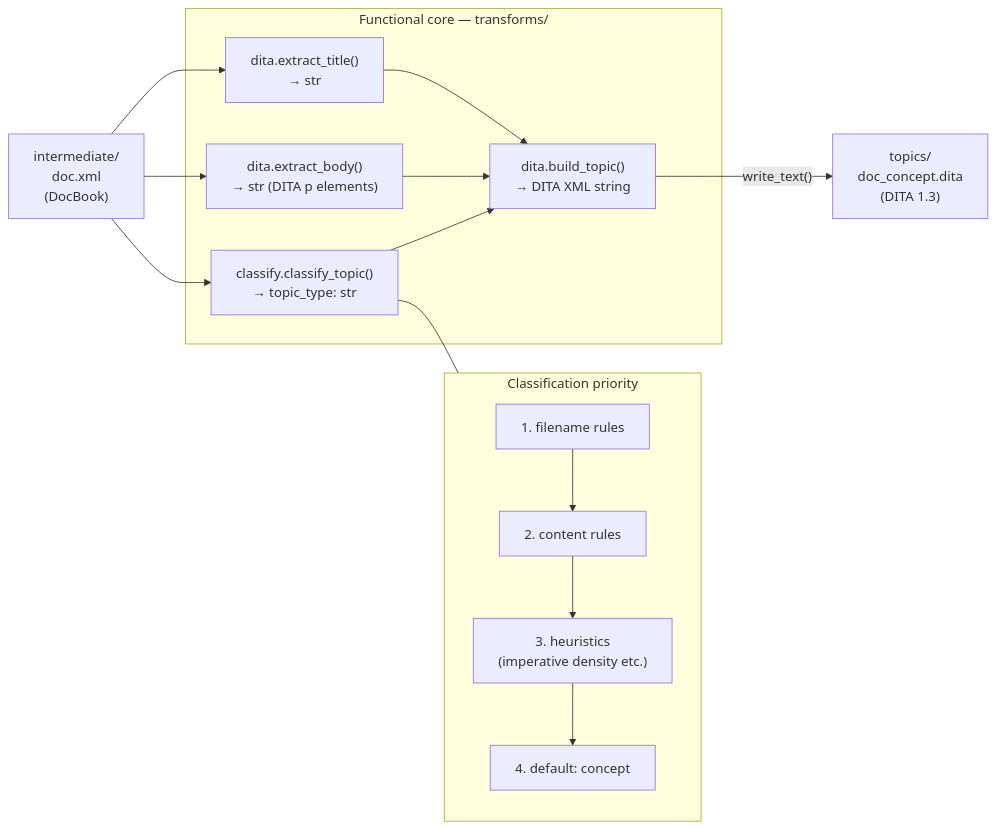
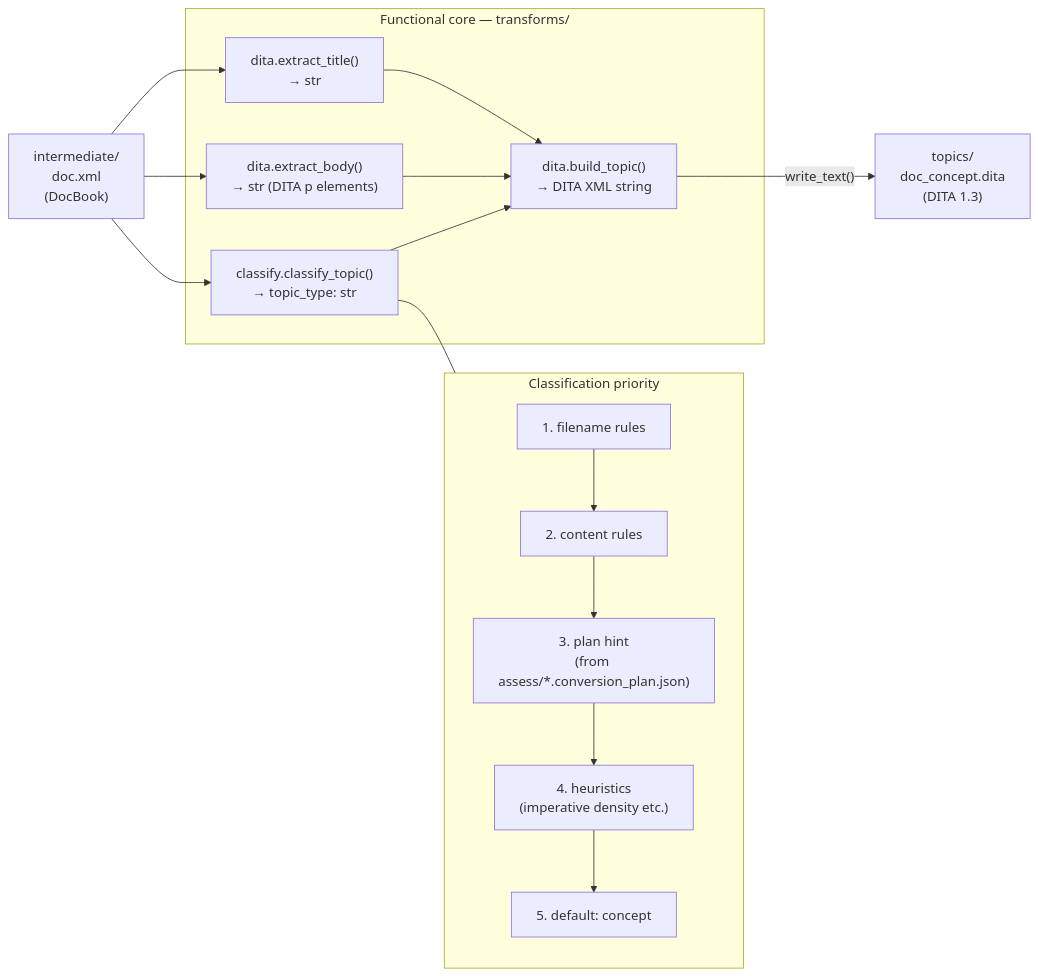
Before and after one commit to mattbriggs/ETL-POC: the eighth of 11 diagrams in DESIGN.md, drawn with Mermaid. The commit also changed other lines of this file and 7 other files, not shown here.

````diff
--- a/DESIGN.md
+++ b/DESIGN.md
@@ -366,26 +378,27 @@
 ```mermaid
 flowchart LR
     XML["intermediate/\ndoc.xml\n(DocBook)"]
 
     subgraph Pure["Functional core — transforms/"]
         ET["dita.extract_title()\n→ str"]
         EB["dita.extract_body()\n→ str (DITA p elements)"]
         CT["classify.classify_topic()\n→ topic_type: str"]
         BT["dita.build_topic()\n→ DITA XML string"]
     end
 
     subgraph Rules["Classification priority"]
         R1["1. filename rules"]
         R2["2. content rules"]
-        R3["3. heuristics\n(imperative density etc.)"]
-        R4["4. default: concept"]
-        R1 --> R2 --> R3 --> R4
+        R3["3. plan hint\n(from assess/*.conversion_plan.json)"]
+        R4["4. heuristics\n(imperative density etc.)"]
+        R5["5. default: concept"]
+        R1 --> R2 --> R3 --> R4 --> R5
     end
 
     FS["topics/\ndoc_concept.dita\n(DITA 1.3)"]
 
     XML --> ET & EB & CT
     CT --- Rules
     ET & EB & CT --> BT
     BT -->|"write_text()"| FS
 ```
````
